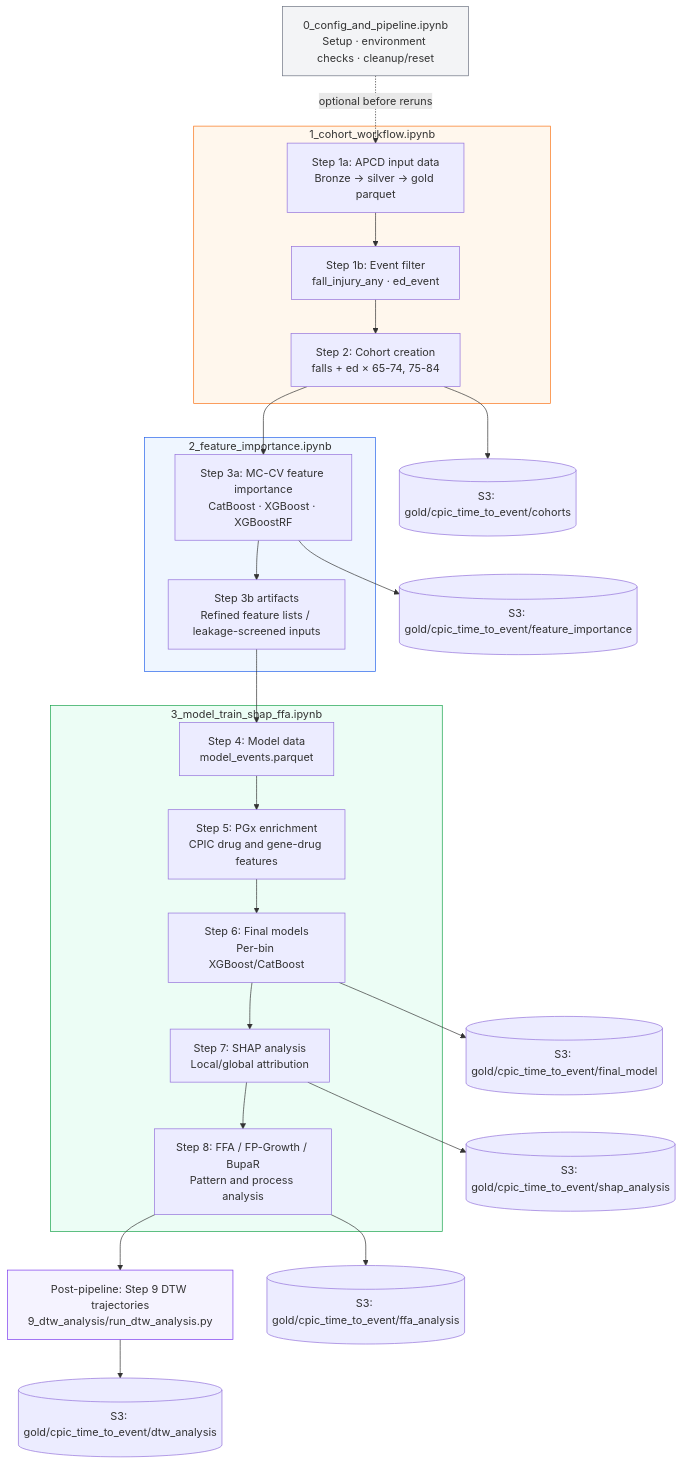
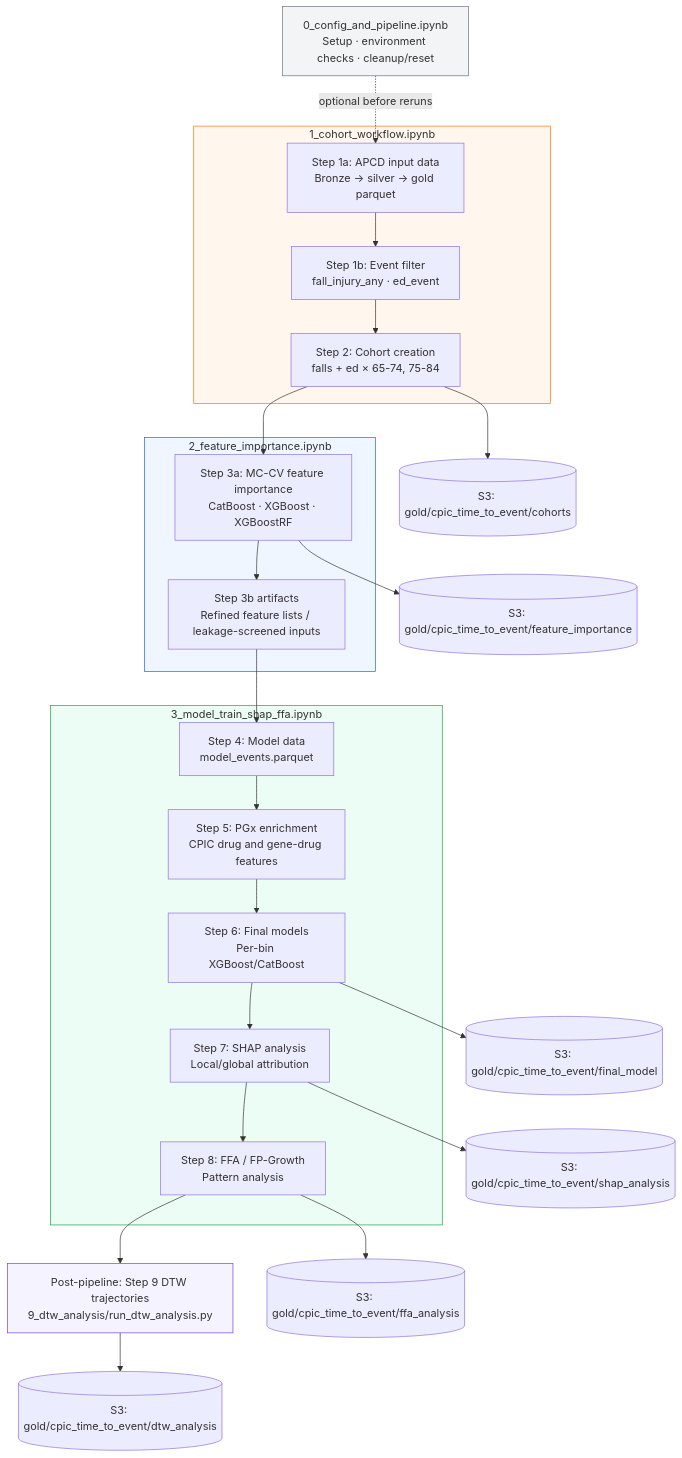
One commit to Jerome3590/cpic_time_to_event_analysis changed the diagram in README.md. Above: the diagram before and after it, drawn with Mermaid. The commit also changed other lines of this file and 35 other files, not shown here.

````diff
--- a/README.md
+++ b/README.md
@@ -85,41 +85,41 @@
 ```mermaid
 flowchart TD
     SETUP["0_config_and_pipeline.ipynb<br/>Setup · environment checks · cleanup/reset"]
 
     subgraph N1["1_cohort_workflow.ipynb"]
         A["Step 1a: APCD input data<br/>Bronze → silver → gold parquet"]
         B["Step 1b: Event filter<br/>fall_injury_any · ed_event"]
         C["Step 2: Cohort creation<br/>falls + ed × 65-74, 75-84"]
     end
 
     subgraph N2["2_feature_importance.ipynb"]
         D["Step 3a: MC-CV feature importance<br/>CatBoost · XGBoost · XGBoostRF"]
         E["Step 3b artifacts<br/>Refined feature lists / leakage-screened inputs"]
     end
 
     subgraph N3["3_model_train_shap_ffa.ipynb"]
         F["Step 4: Model data<br/>model_events.parquet"]
         G["Step 5: PGx enrichment<br/>CPIC drug and gene-drug features"]
         H["Step 6: Final models<br/>Per-bin XGBoost/CatBoost"]
         I["Step 7: SHAP analysis<br/>Local/global attribution"]
-        J["Step 8: FFA / FP-Growth / BupaR<br/>Pattern and process analysis"]
+        J["Step 8: FFA / FP-Growth<br/>Pattern analysis"]
     end
 
     K["Post-pipeline: Step 9 DTW trajectories<br/>9_dtw_analysis/run_dtw_analysis.py"]
 
     SETUP -. "optional before reruns" .-> A
     A --> B --> C --> D --> E --> F --> G --> H --> I --> J --> K
 
     C --> COUT[("S3: gold/cpic_time_to_event/cohorts")]
     D --> FIOUT[("S3: gold/cpic_time_to_event/feature_importance")]
     H --> MOUT[("S3: gold/cpic_time_to_event/final_model")]
     I --> SHAPOUT[("S3: gold/cpic_time_to_event/shap_analysis")]
     J --> FFAOUT[("S3: gold/cpic_time_to_event/ffa_analysis")]
     K --> DTWOUT[("S3: gold/cpic_time_to_event/dtw_analysis")]
 
     style SETUP fill:#f3f4f6,stroke:#6b7280
     style N1 fill:#fff7ed,stroke:#f97316
     style N2 fill:#eff6ff,stroke:#2563eb
     style N3 fill:#ecfdf5,stroke:#16a34a
     style K fill:#f5f3ff,stroke:#7c3aed
 ```
````
